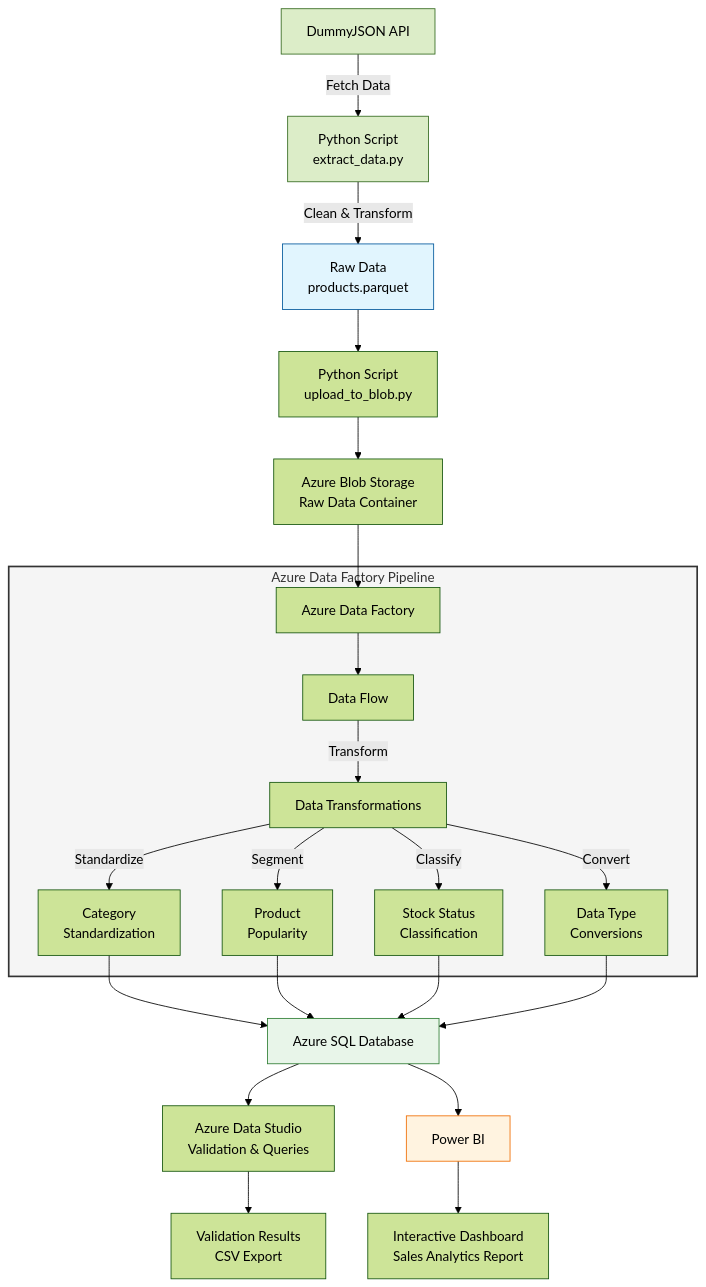
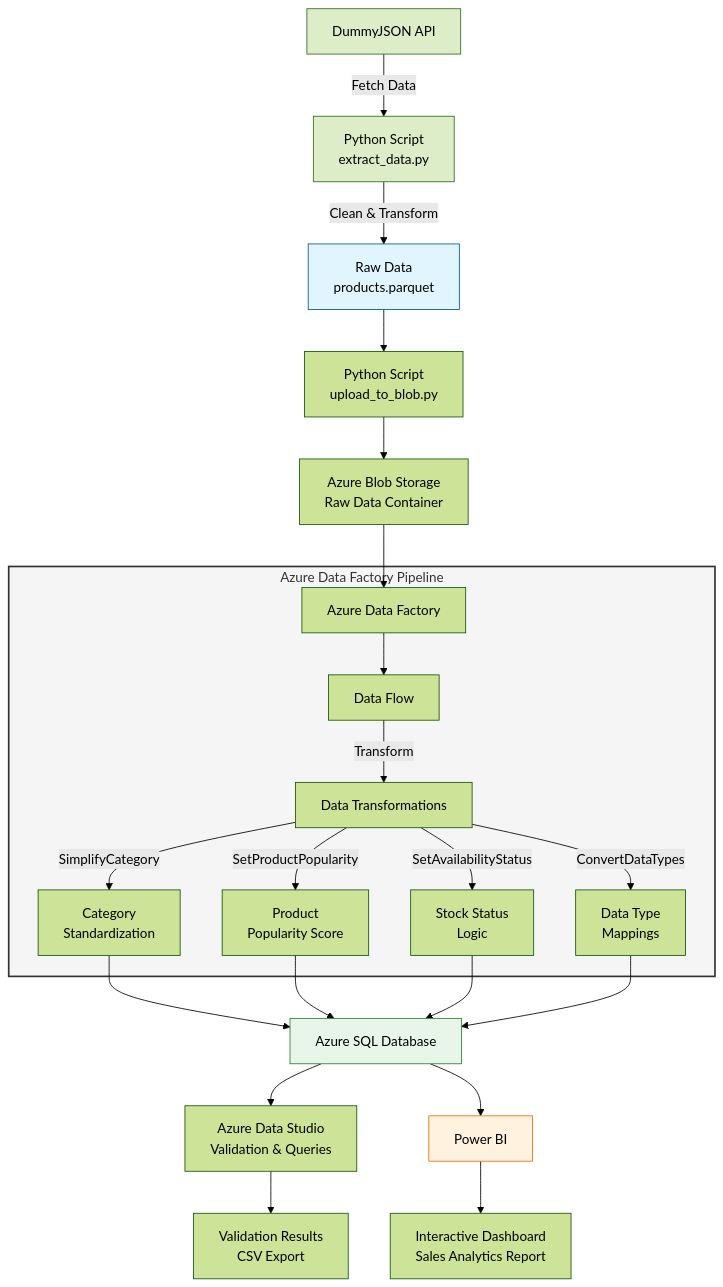
The diagram in README.md (alexvidi/Azure-ETL-DataFactory-SQL-analytics), drawn with Mermaid (forest theme) before and after one commit.

Commit message:
Mermaid graph TD fixed

````diff
--- a/README.md
+++ b/README.md
@@ -26,32 +26,32 @@
 ```mermaid
 graph TD
     API[DummyJSON API] -->|Fetch Data| EX[Python Script<br>extract_data.py]
     EX -->|Clean & Transform| P[Raw Data<br>products.parquet]
     P --> B[Python Script<br>upload_to_blob.py]
     B --> C[Azure Blob Storage<br>Raw Data Container]
     C --> D[Azure Data Factory]
     
     subgraph ADF[Azure Data Factory Pipeline]
         D --> E[Data Flow]
         E -->|Transform| F[Data Transformations]
-        F -->|Standardize| F1[Category<br>Standardization]
-        F -->|Segment| F2[Product<br>Popularity]
-        F -->|Classify| F3[Stock Status<br>Classification]
-        F -->|Convert| F4[Data Type<br>Conversions]
+        F -->|SimplifyCategory| F1[Category<br>Standardization]
+        F -->|SetProductPopularity| F2[Product<br>Popularity Score]
+        F -->|SetAvailabilityStatus| F3[Stock Status<br>Logic]
+        F -->|ConvertDataTypes| F4[Data Type<br>Mappings]
     end
     
     F1 & F2 & F3 & F4 --> G[Azure SQL Database]
     
     G --> H1[Azure Data Studio<br>Validation & Queries]
     G --> H2[Power BI]
     
     H1 --> I[Validation Results<br>CSV Export]
     H2 --> J[Interactive Dashboard<br>Sales Analytics Report]
     
     style ADF fill:#f5f5f5,stroke:#333,stroke-width:2px
     style API fill:#dcedc8,stroke:#33691e
     style EX fill:#dcedc8,stroke:#33691e
     style P fill:#e1f5fe,stroke:#01579b
     style G fill:#e8f5e9,stroke:#2e7d32
     style H2 fill:#fff3e0,stroke:#ef6c00
 ```
````
